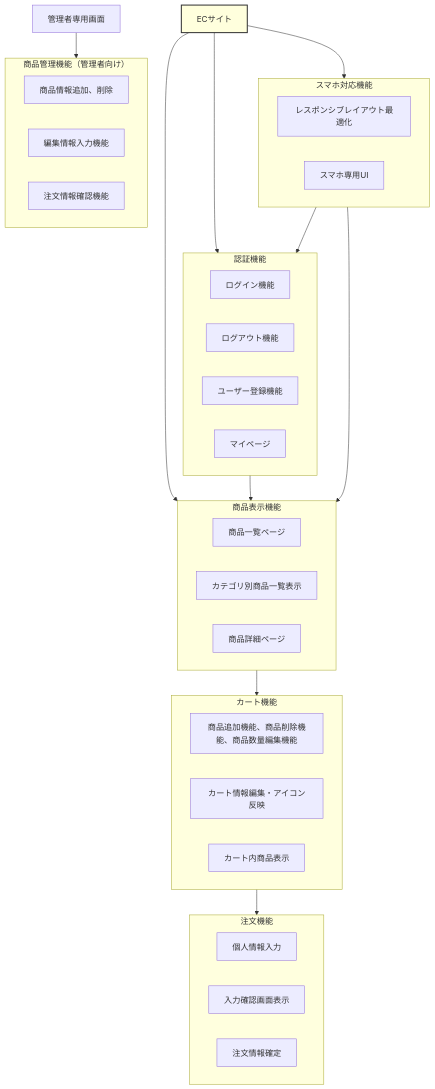
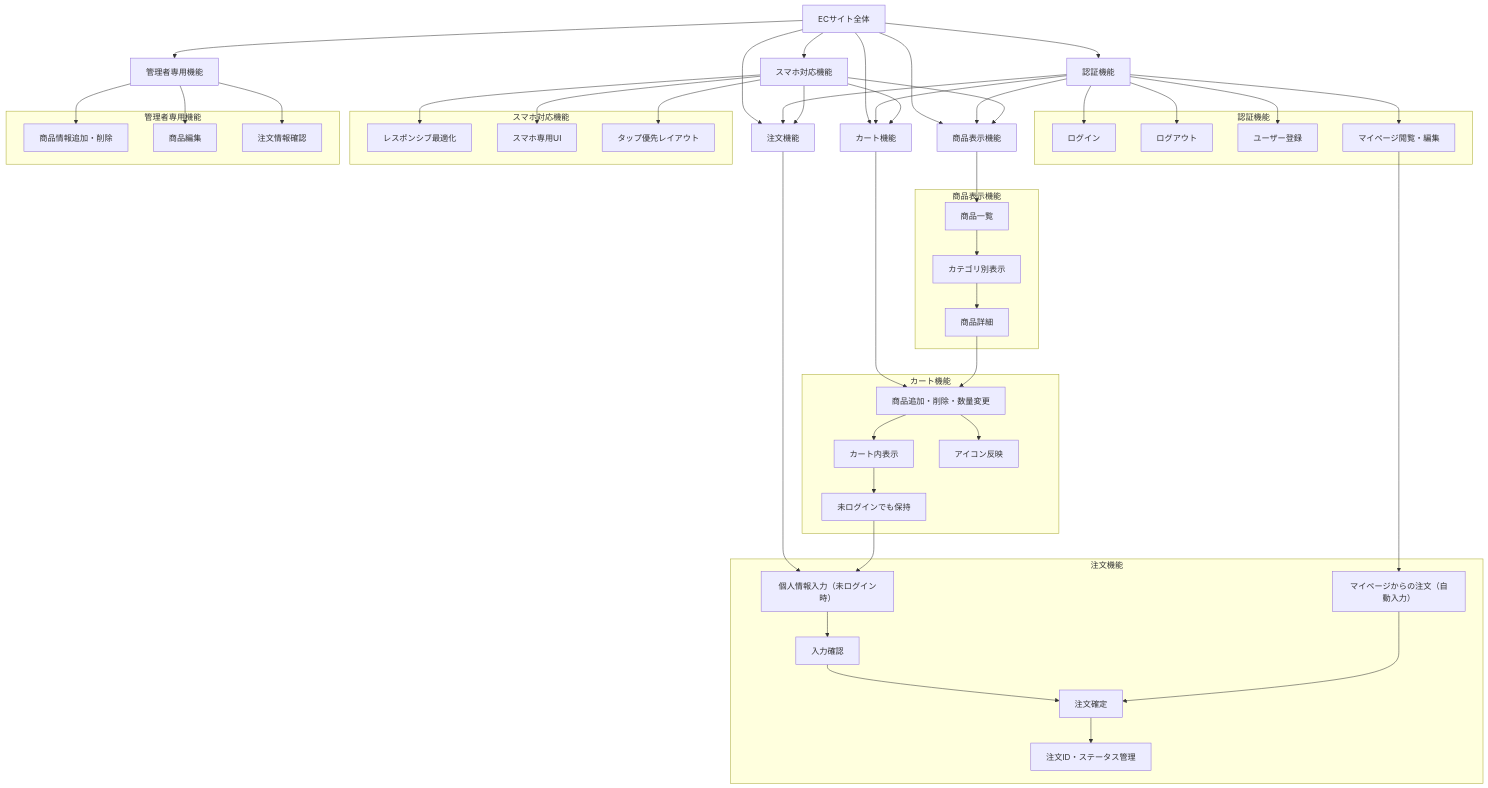
Before and after one commit to YUKlT0/Equipe: the first of 3 diagrams in 基本設計/B.md, drawn with Mermaid. The commit also changed other lines of this file, not shown here.

Commit message:
修正

```diff
--- a/基本設計/B.md
+++ b/基本設計/B.md
@@ -32,56 +32,85 @@
 <div class="mermaid">
 graph TD
-    A[ECサイト] --> B(認証機能)
-    A --> C(商品表示機能)
-    A --> F(スマホ対応機能)
-    
+    A[ECサイト全体]
 
-    subgraph B[認証機能]
-        B1[ログイン機能]
-        B2[ログアウト機能]
-        B3[ユーザー登録機能]
-        B4[マイページ]
-     end
+    %% 各機能ノード
+    A --> B[認証機能]
+    A --> C[商品表示機能]
+    A --> D[カート機能]
+    A --> E[注文機能]
+    A --> F[スマホ対応機能]
+    A --> Z[管理者専用機能]
 
-    subgraph C[商品表示機能]
-        C2[商品一覧ページ]
-        C3[カテゴリ別商品一覧表示]
-        C5[商品詳細ページ]
+    %% 認証機能
+    subgraph 認証機能
+        B1[ログイン]
+        B2[ログアウト]
+        B3[ユーザー登録]
+        B4[マイページ閲覧・編集]
     end
+    B --> B1
+    B --> B3
+    B --> B4
+    B --> B2
 
-    subgraph D[カート機能]
-        D1[商品追加機能、商品削除機能、商品数量編集機能]
-        D2[カート情報編集・アイコン反映]
-        D3[カート内商品表示]
+    %% 商品表示機能
+    subgraph 商品表示機能
+        C1[商品一覧]
+        C2[カテゴリ別表示]
+        C4[商品詳細]
     end
+    C --> C1 --> C2 --> C4
 
-    subgraph E[注文機能]
-        E1[個人情報入力]
-        E2[入力確認画面表示]
-        E3[注文情報確定]
+    %% カート機能
+    subgraph カート機能
+        D1[商品追加・削除・数量変更]
+        D2[カート内表示]
+        D3[アイコン反映]
+        D4[未ログインでも保持]
     end
+    D --> D1 --> D2 --> D4
+    D1 --> D3
 
-    subgraph F[スマホ対応機能]
-        F1[レスポンシブレイアウト最適化]
+    %% 注文機能
+    subgraph 注文機能
+        E1[個人情報入力（未ログイン時）]
+        E2[入力確認]
+        E3[注文確定]
+        E4[注文ID・ステータス管理]
+        E5[マイページからの注文（自動入力）]
+    end
+    E --> E1 --> E2 --> E3 --> E4
+    B4 --> E5
+    E5 --> E3
+    %% スマホ対応機能
+    subgraph スマホ対応機能
+        F1[レスポンシブ最適化]
         F2[スマホ専用UI]
+        F3[タップ優先レイアウト]
     end
+    F --> F1
+    F --> F2
+    F --> F3
 
-     %% 管理者機能を明示的に右下へ分離
-    Z[管理者専用画面] --> G
+    %% 管理者機能
+    subgraph 管理者専用機能
+        G1[商品情報追加・削除]
+        G2[商品編集]
+        G3[注文情報確認]
+    end
+    Z --> G1
+    Z --> G2
+    Z --> G3
 
-    subgraph G[商品管理機能（管理者向け）]
-        G1[商品情報追加、削除]
-        G2[編集情報入力機能]
-        G3[注文情報確認機能]
+    %% フローとの整合リンク（コメント）
+    B --> C
+    B --> D
+    B --> E
 
-    end
+    C4 --> D1
+    D4 --> E1
 
-    B --> C
-    C --> D
-    D --> E
-    F --> B
     F --> C
-    
-
-    style A fill:#ffd,stroke:#333,stroke-width:2px
+    F --> D
+    F --> E
 </div>
```
